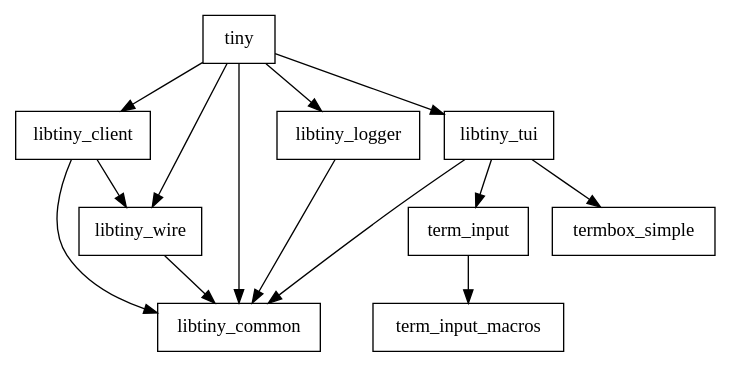
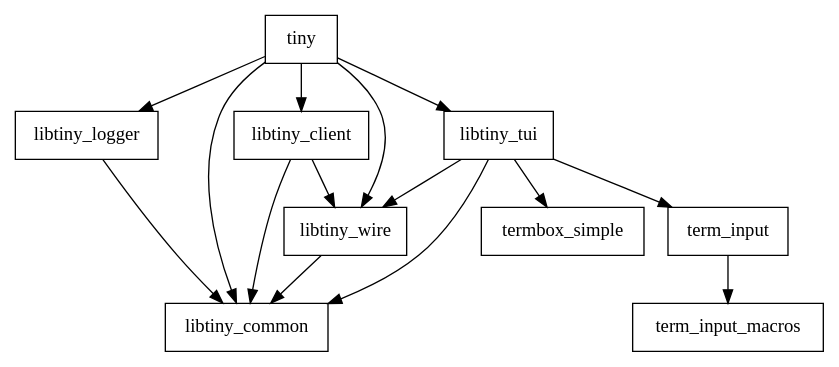
One commit to osa1/tiny changed the diagram in assets/crate_deps.dot. Above: the diagram before and after it, drawn with Graphviz. The commit also changed 3 other files, not shown here.

```diff
--- a/assets/crate_deps.dot
+++ b/assets/crate_deps.dot
@@ -1,36 +1,37 @@
 // Describes dependencies between tiny crates. Used in ARCHITECTURE.md.
 
 digraph mygraph {
 
     node [shape=box, fontname="Jetbrains Mono Medium"];
 
     "tiny"
     "libtiny_client"
     "libtiny_common"
     "libtiny_logger"
     "libtiny_tui"
     "libtiny_wire"
     "term_input"
     "term_input_macros"
     "termbox_simple"
 
     "tiny" -> "libtiny_client"
     "tiny" -> "libtiny_common"
     "tiny" -> "libtiny_logger"
     "tiny" -> "libtiny_tui"
     "tiny" -> "libtiny_wire"
 
     "libtiny_client" -> "libtiny_common"
     "libtiny_client" -> "libtiny_wire"
 
     "libtiny_logger" -> "libtiny_common"
 
     "libtiny_tui" -> "libtiny_common"
+    "libtiny_tui" -> "libtiny_wire"
     "libtiny_tui" -> "term_input"
     "libtiny_tui" -> "termbox_simple"
 
     "libtiny_wire" -> "libtiny_common"
 
     "term_input" -> "term_input_macros"
 
 }
```
